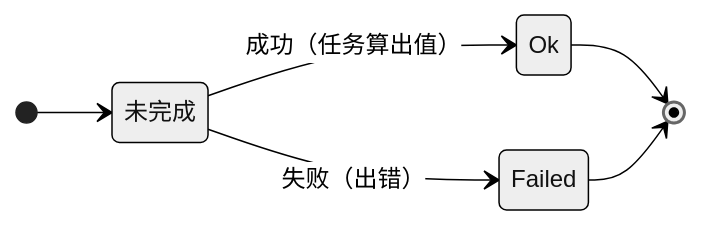
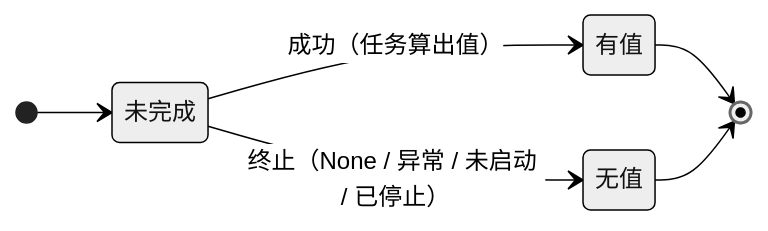
One commit to MYMarcoreus/COM-Framework changed the second of 13 diagrams in Common/Async/docs/async-nothrow.md. Above: the diagram before and after it, drawn with Mermaid (neutral theme). The commit also changed other lines of this file and 6 other files, not shown here.

````diff
--- a/Common/Async/docs/async-nothrow.md
+++ b/Common/Async/docs/async-nothrow.md
@@ -122,9 +135,9 @@
 ```mermaid
 stateDiagram-v2
     direction LR
     [*] --> 未完成
-    未完成 --> Ok: 成功（任务算出值）
-    未完成 --> Failed: 失败（出错）
-    Ok --> [*]
-    Failed --> [*]
+    未完成 --> 有值: 成功（任务算出值）
+    未完成 --> 无值: 终止（None / 异常 / 未启动 / 已停止）
+    有值 --> [*]
+    无值 --> [*]
 ```
````
